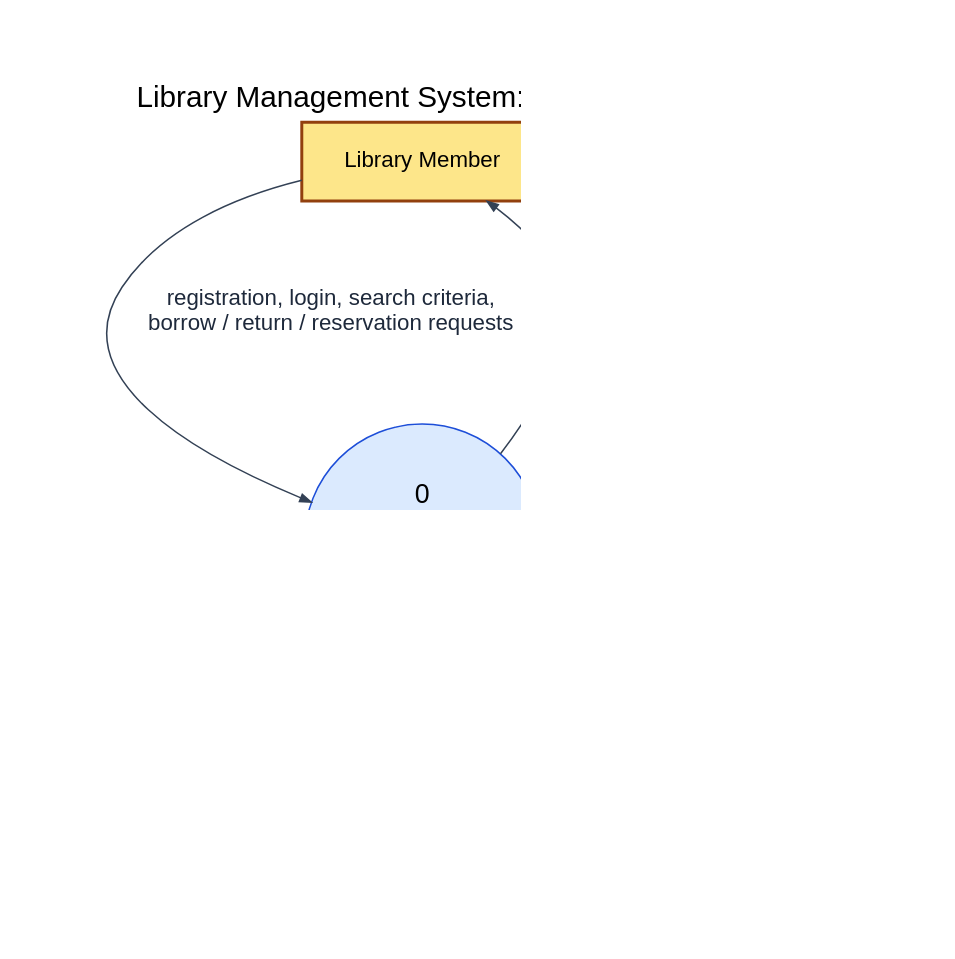
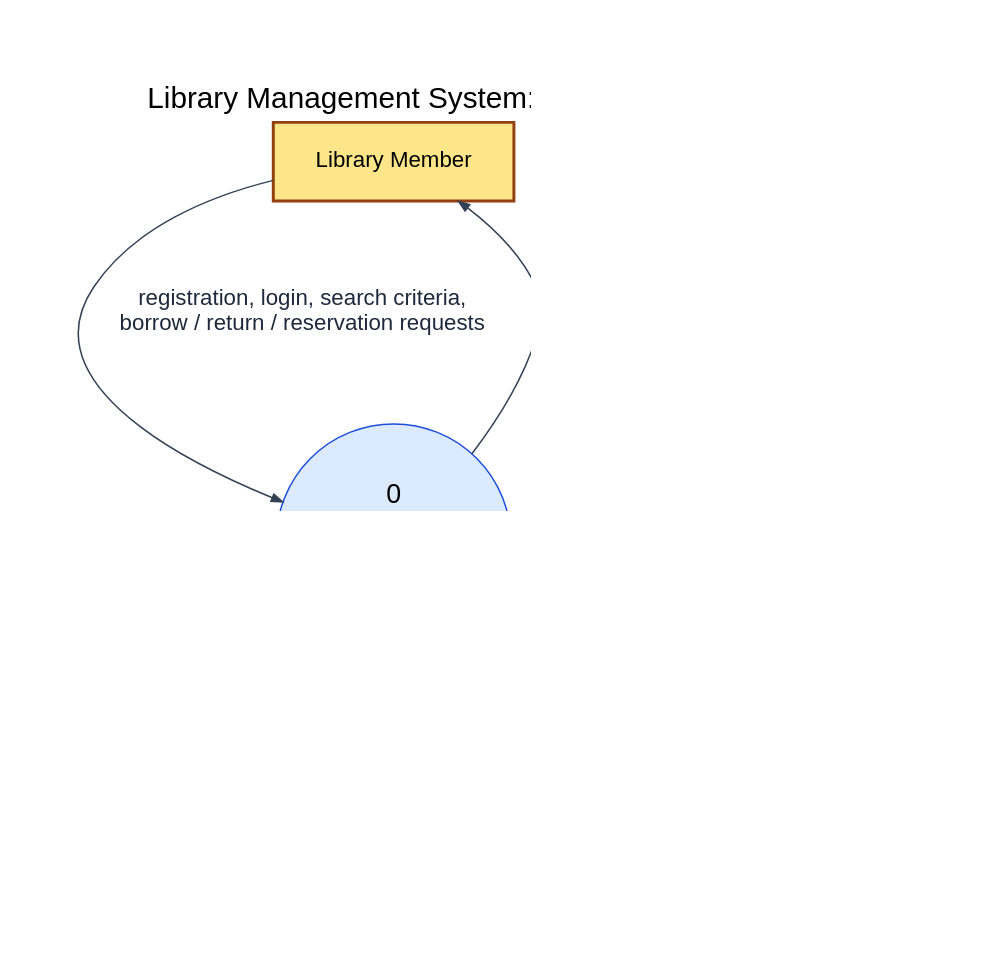
The diagram in diagrams/dfd0.dot (Hassan3443/library-management-system), drawn with Graphviz before and after one commit. The commit also changed 26 other files, not shown here.

First line of the commit message:
Make borrow, reserve, confirm, return and fine payment real state transitions

```diff
--- a/diagrams/dfd0.dot
+++ b/diagrams/dfd0.dot
@@ -1,12 +1,12 @@
 digraph DFD0 {
   graph [rankdir=TB, nodesep=1.2, ranksep=1.6, fontname="Helvetica", labelloc=t, fontsize=20, label="Library Management System: Context Diagram (DFD Level 0)\n", dpi=150, pad=0.7, margin=0.3, bgcolor=white];
   node [fontname="Helvetica", fontsize=15];
   edge [fontname="Helvetica", fontsize=15, color="#334155", fontcolor="#1e293b", arrowsize=0.75];
   M [label="Library Member", shape=box, style="filled,bold", fillcolor="#fde68a", color="#92400e", margin="0.3,0.25"];
   L [label="Librarian", shape=box, style="filled,bold", fillcolor="#fde68a", color="#92400e", margin="0.3,0.25"];
   S [label="0\nLibrary\nManagement\nSystem", shape=circle, style=filled, fillcolor="#dbeafe", color="#1d4ed8", width=2.2, fixedsize=true, fontsize=18];
   M -> S [label="registration, login, search criteria,\nborrow / return / reservation requests"];
   S -> M [label="book availability, loans,\nfines, notifications, queue position"];
-  L -> S [label="catalog and copy changes,\nloan confirmations, return processing,\nmember actions, login details"];
+  L -> S [label="catalog and copy changes,\nloan confirmations, return processing,\nmember actions, fine payments, login details"];
   S -> L [label="pending requests, overdue report,\nmember list, reservation queues,\nlogin result"];
 }
```
